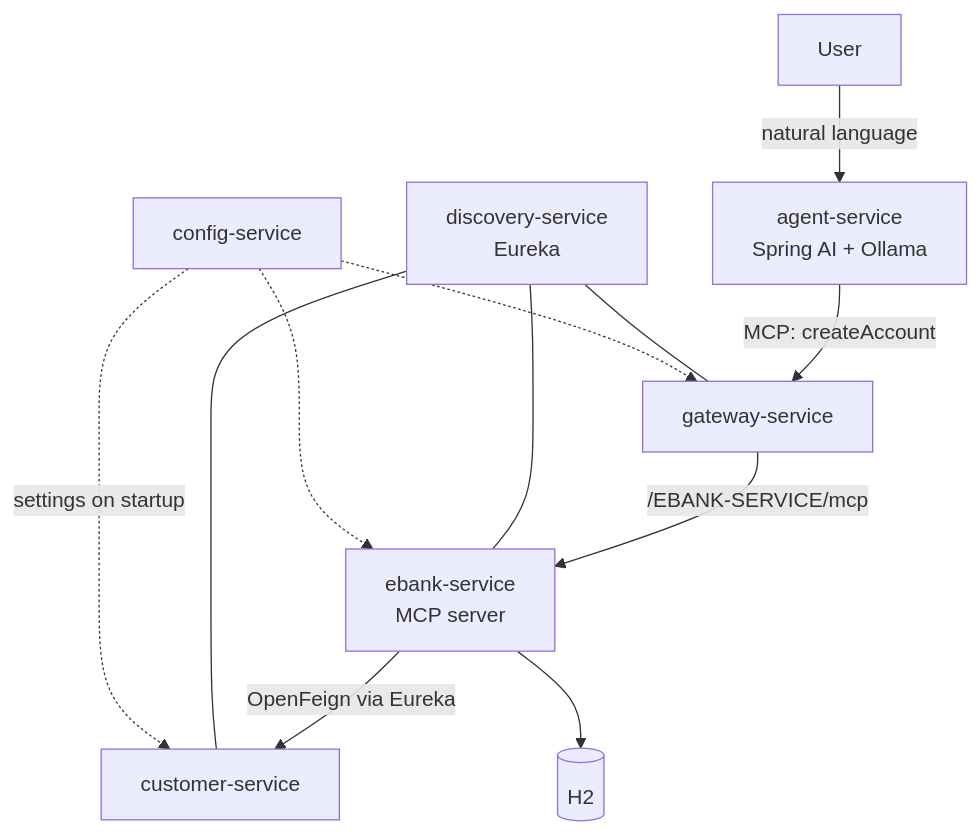
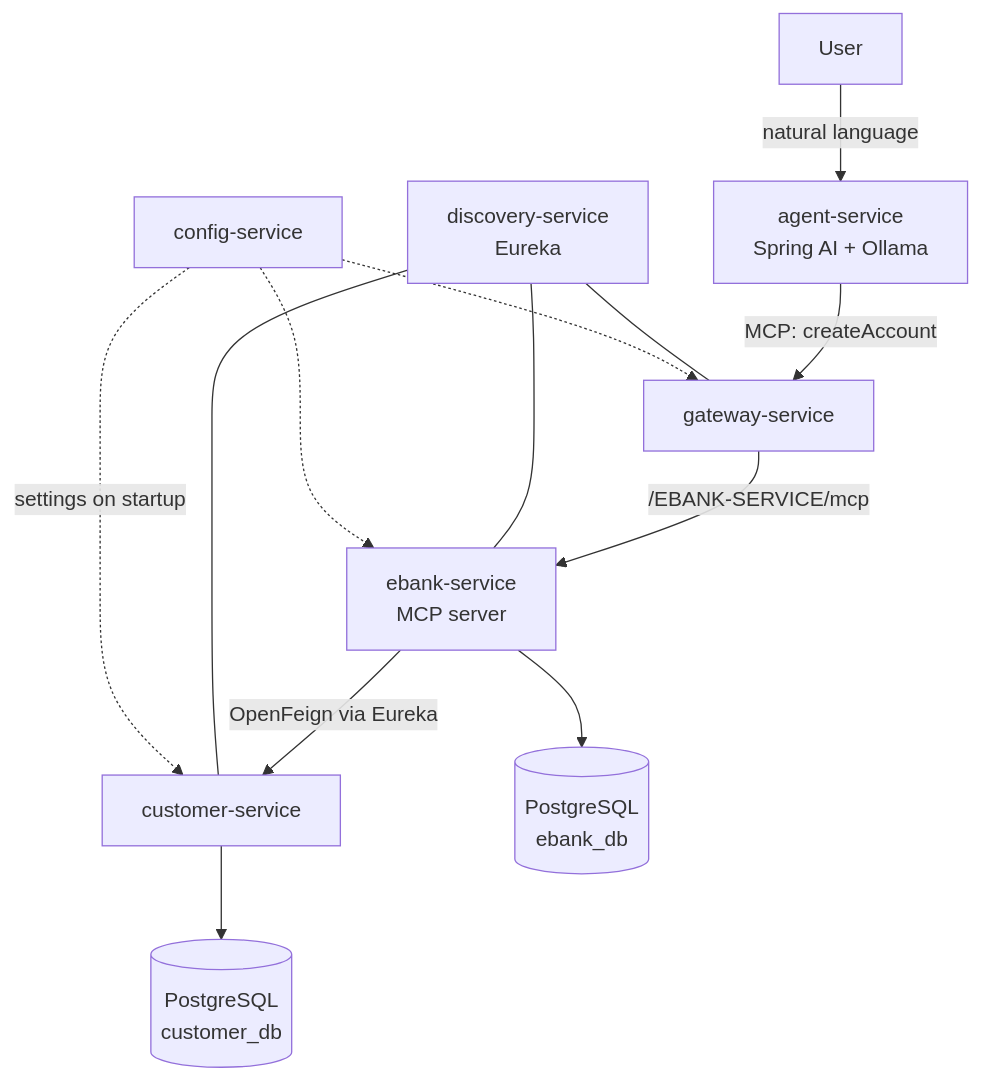
One commit to Dioumadev221/banking-mcp-agent changed the diagram in README.md. Above: the diagram before and after it, drawn with Mermaid. The commit also changed other lines of this file and 15 other files, not shown here.

````diff
--- a/README.md
+++ b/README.md
@@ -129,14 +129,15 @@
 ```mermaid
 graph TD
     User[User] -->|natural language| Agent[agent-service<br/>Spring AI + Ollama]
     Agent -->|MCP: createAccount| Gateway[gateway-service]
     Gateway -->|/EBANK-SERVICE/mcp| Ebank[ebank-service<br/>MCP server]
     Ebank -->|OpenFeign via Eureka| Customer[customer-service]
-    Ebank --> DB[(H2)]
+    Ebank --> EbankDB[(PostgreSQL<br/>ebank_db)]
+    Customer --> CustomerDB[(PostgreSQL<br/>customer_db)]
     Discovery[discovery-service<br/>Eureka] --- Customer
     Discovery --- Ebank
     Discovery --- Gateway
     Config[config-service] -.->|settings on startup| Customer
     Config -.-> Ebank
     Config -.-> Gateway
 ```
````
